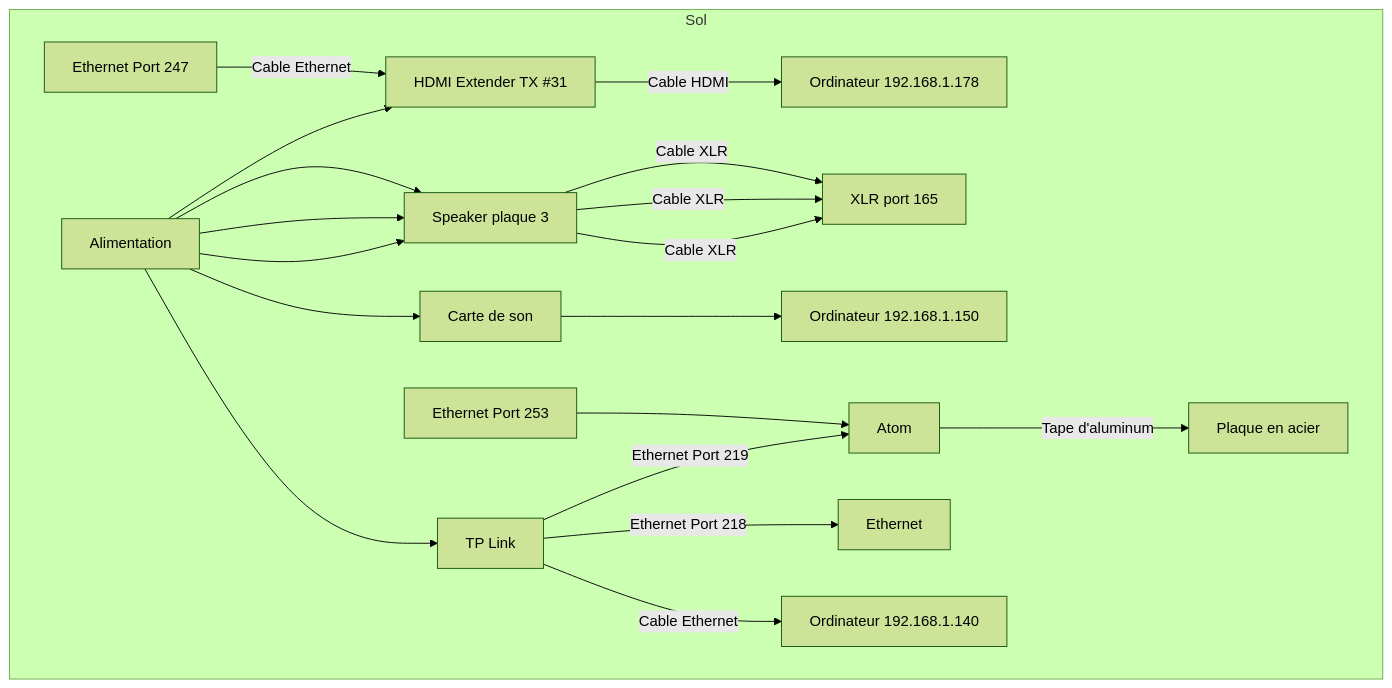
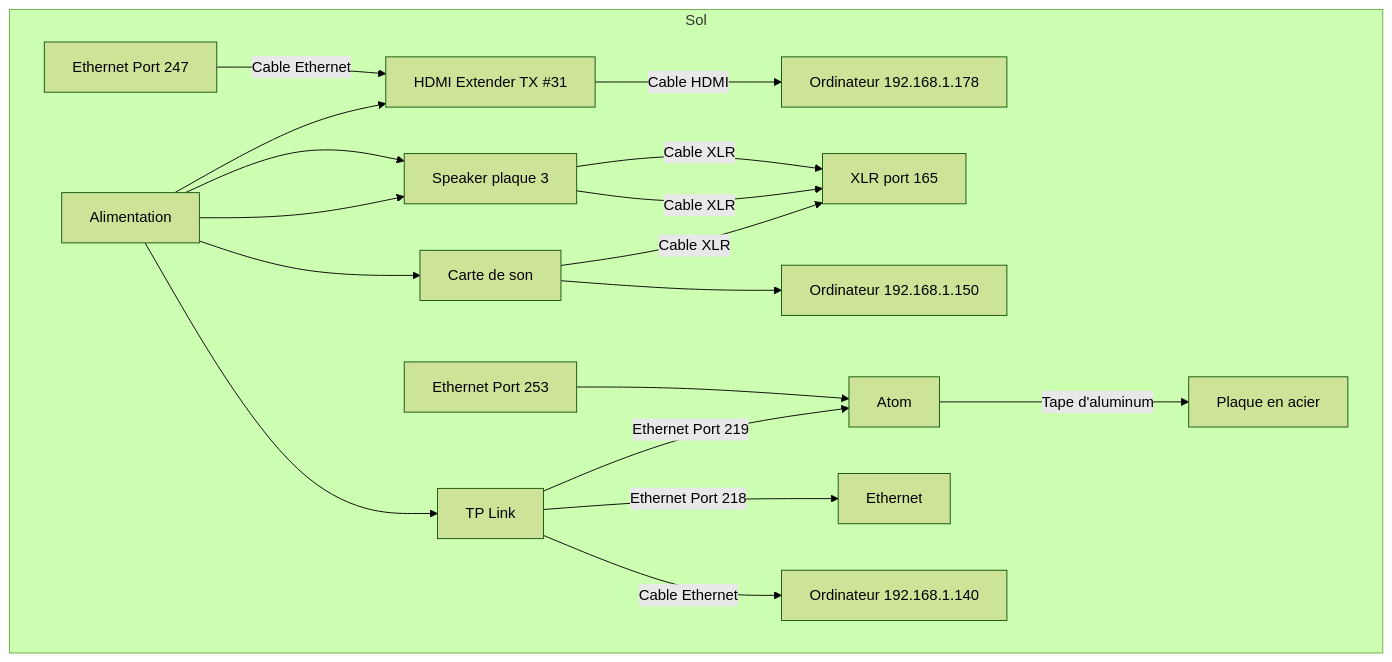
The fourth of 4 diagrams in 40_maquette/README.md (Miaou-Mafia/projet-luminatura), drawn with Mermaid (forest theme) before and after one commit.

````diff
--- a/40_maquette/README.md
+++ b/40_maquette/README.md
@@ -197,22 +197,21 @@
 ```mermaid
 flowchart TD
     subgraph Sol
         N[Alimentation] --> O
         O[HDMI Extender TX #31] -->| Cable HDMI | P[Ordinateur 192.168.1.178]
         Q[Ethernet Port 247] -->| Cable Ethernet | O
-        N --> R[Speaker plaque 1]
-        R -->| Cable XLR | S[XLR port 168]
+        T[Speaker plaque 1]-->| Cable XLR | S[XLR port 168]
         N --> R[Speaker plaque 2]
         R -->| Cable XLR | S[XLR port 166]
         N --> R[Speaker plaque 3]
         R -->| Cable XLR | S[XLR port 165]
         N --> T
         T[Carte de son] --> U[Ordinateur 192.168.1.150]
         N --> V
         V[TP Link] --> | Ethernet Port 219 | Atom
         Atom --> | Tape d'aluminum | X[Plaque en acier]
         Y[ Ethernet Port 253] --> Atom
         V --> | Ethernet Port 218 | Ethernet
         V --> | Cable Ethernet | W[Ordinateur 192.168.1.140]
     end
 ```
````
